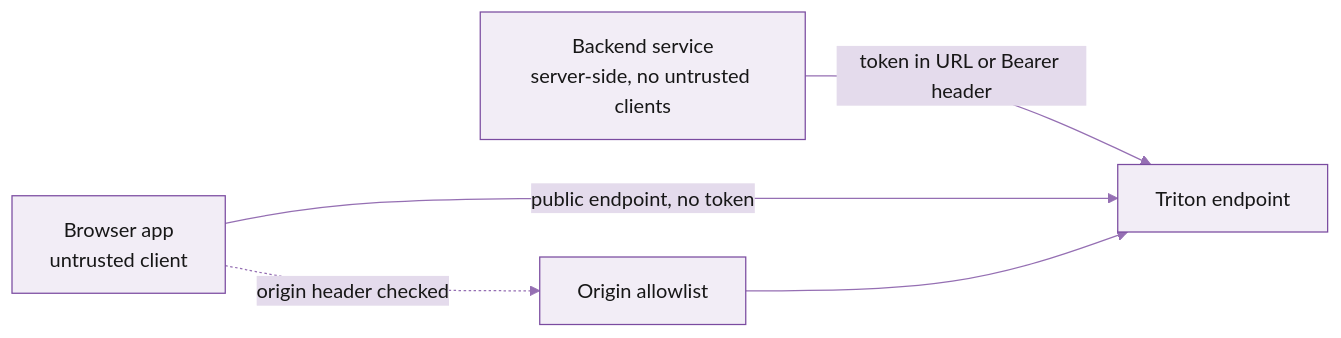
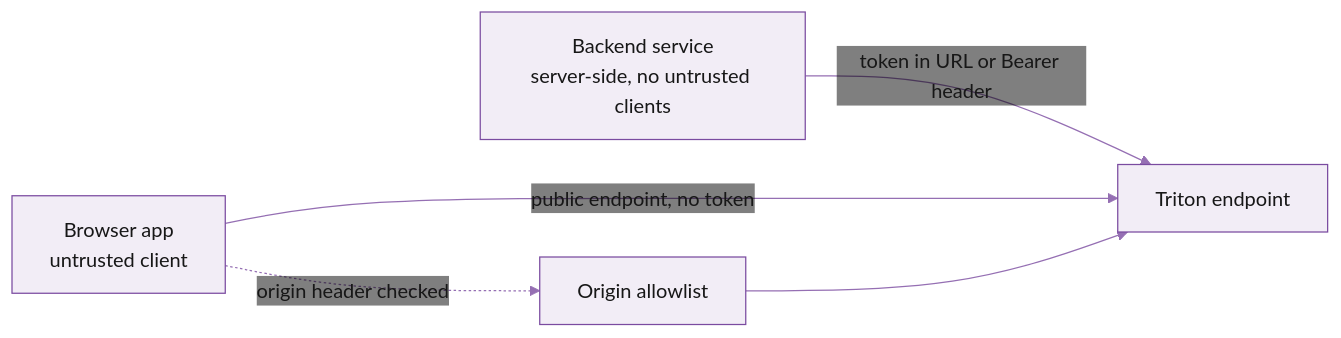
The diagram in solana/get-started/account-management/auth-and-security-best-practices.mdx (kshyndina/docs), drawn with Mermaid before and after one commit. The commit also changed other lines of this file and 15 other files, not shown here.

````diff
--- a/solana/get-started/account-management/auth-and-security-best-practices.mdx
+++ b/solana/get-started/account-management/auth-and-security-best-practices.mdx
@@ -9,8 +9,8 @@
 ```mermaid
-%%{init: {'theme':'base','themeVariables':{'primaryColor':'#F2EDF6','primaryBorderColor':'#7A4BA0','primaryTextColor':'#171717','lineColor':'#956FB3','secondaryColor':'#E4DBEC','tertiaryColor':'#D7C9E3'}}}%%
+%%{init: {'theme':'base','themeVariables':{'primaryColor':'#F2EDF6','primaryBorderColor':'#7A4BA0','primaryTextColor':'#171717','lineColor':'#956FB3','secondaryColor':'#E4DBEC','tertiaryColor':'#D7C9E3','noteBkgColor':'#FFC845','noteTextColor':'#171717','actorBkg':'#F2EDF6','actorBorder':'#7A4BA0','actorTextColor':'#171717','signalColor':'#492D60','labelBoxBkgColor':'#7A4BA0','labelTextColor':'#F7F7F7','edgeLabelBackground':'transparent'}}}%%
 flowchart LR
     A[Backend service<br/>server-side, no untrusted clients] -->|token in URL or Bearer header| T[Triton endpoint]
     B[Browser app<br/>untrusted client] -->|public endpoint, no token| T
     B -. origin header checked .-> P[Origin allowlist]
     P --> T
 ```
````
